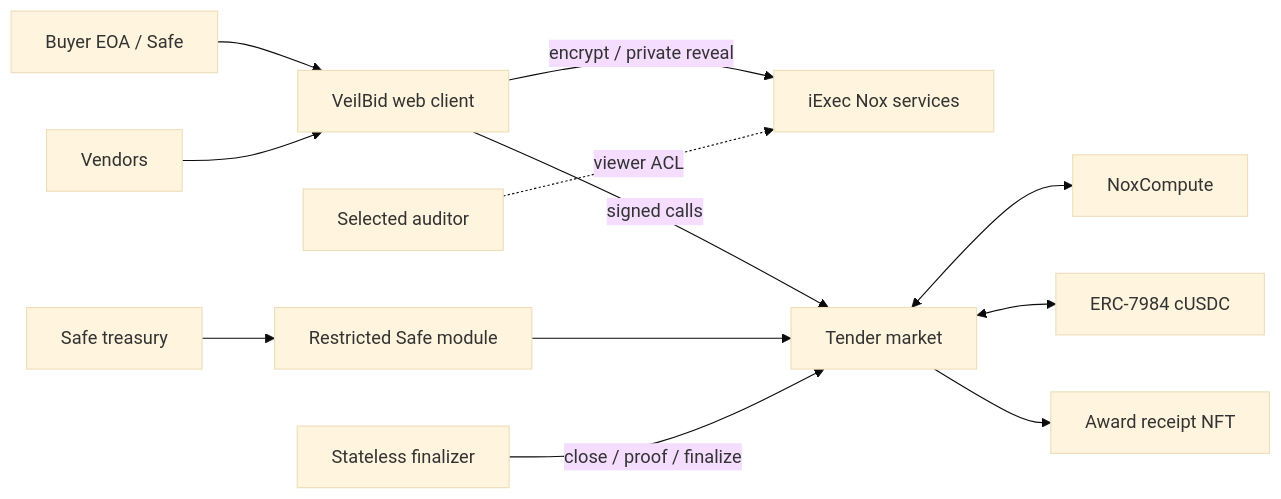
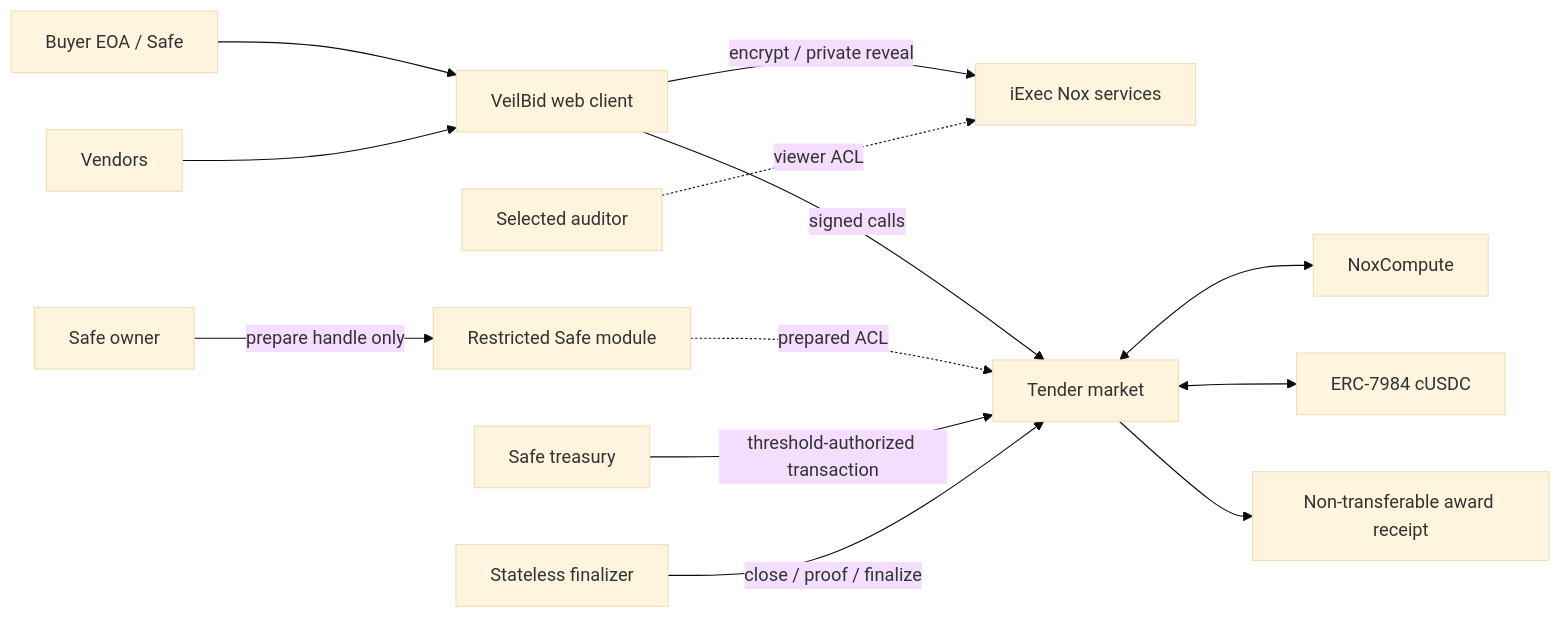
The diagram in README.md (huutrungle2001/Veilbid), drawn with Mermaid (base theme) before and after one commit. The commit also changed other lines of this file and 7 other files, not shown here.

````diff
--- a/README.md
+++ b/README.md
@@ -31,14 +31,15 @@
 ```mermaid
 flowchart LR
     Buyer["Buyer EOA / Safe"] --> Web["VeilBid web client"]
     Vendor["Vendors"] --> Web
     Web -->|encrypt / private reveal| Gateway["iExec Nox services"]
     Web -->|signed calls| Market["Tender market"]
-    Safe["Safe treasury"] --> Module["Restricted Safe module"]
-    Module --> Market
+    SafeOwner["Safe owner"] -->|prepare handle only| Module["Restricted Safe module"]
+    Module -.->|prepared ACL| Market
+    Safe["Safe treasury"] -->|threshold-authorized transaction| Market
     Market <--> Compute["NoxCompute"]
     Market <--> Token["ERC-7984 cUSDC"]
     Finalizer["Stateless finalizer"] -->|close / proof / finalize| Market
-    Market --> Receipt["Award receipt NFT"]
+    Market --> Receipt["Non-transferable award receipt"]
     Auditor["Selected auditor"] -.->|viewer ACL| Gateway
 ```
````
